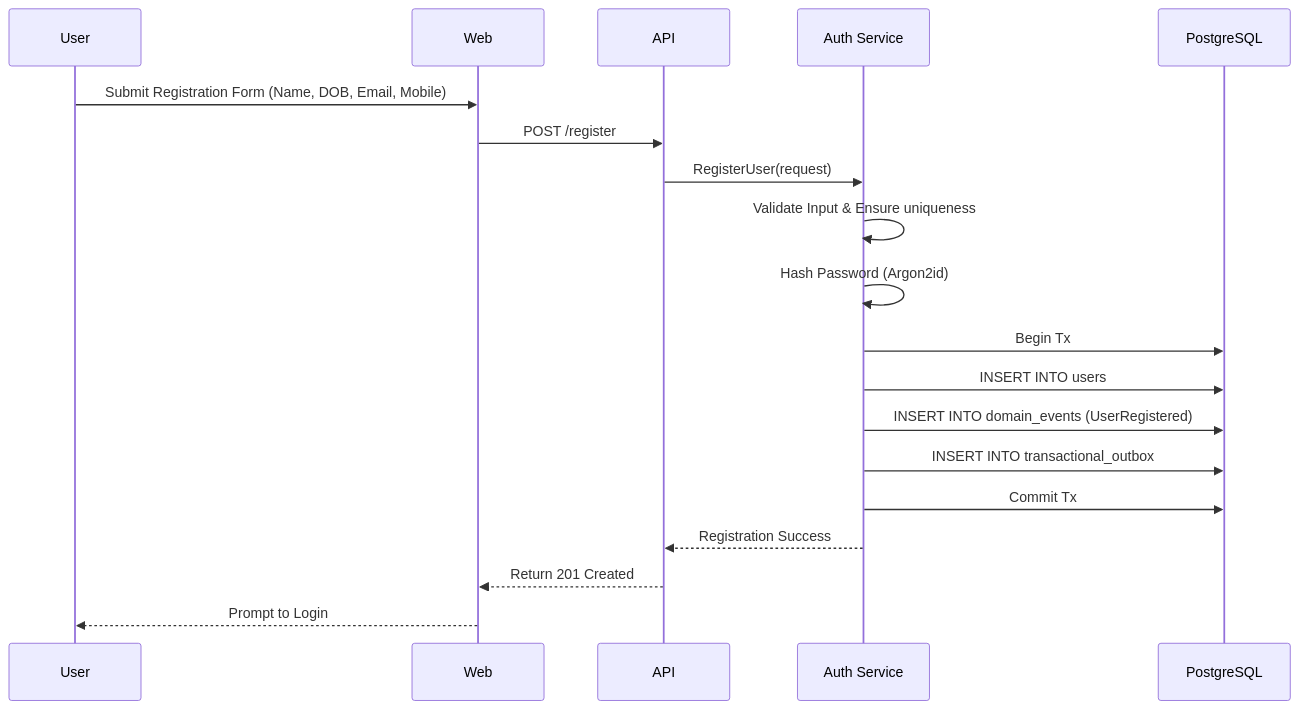
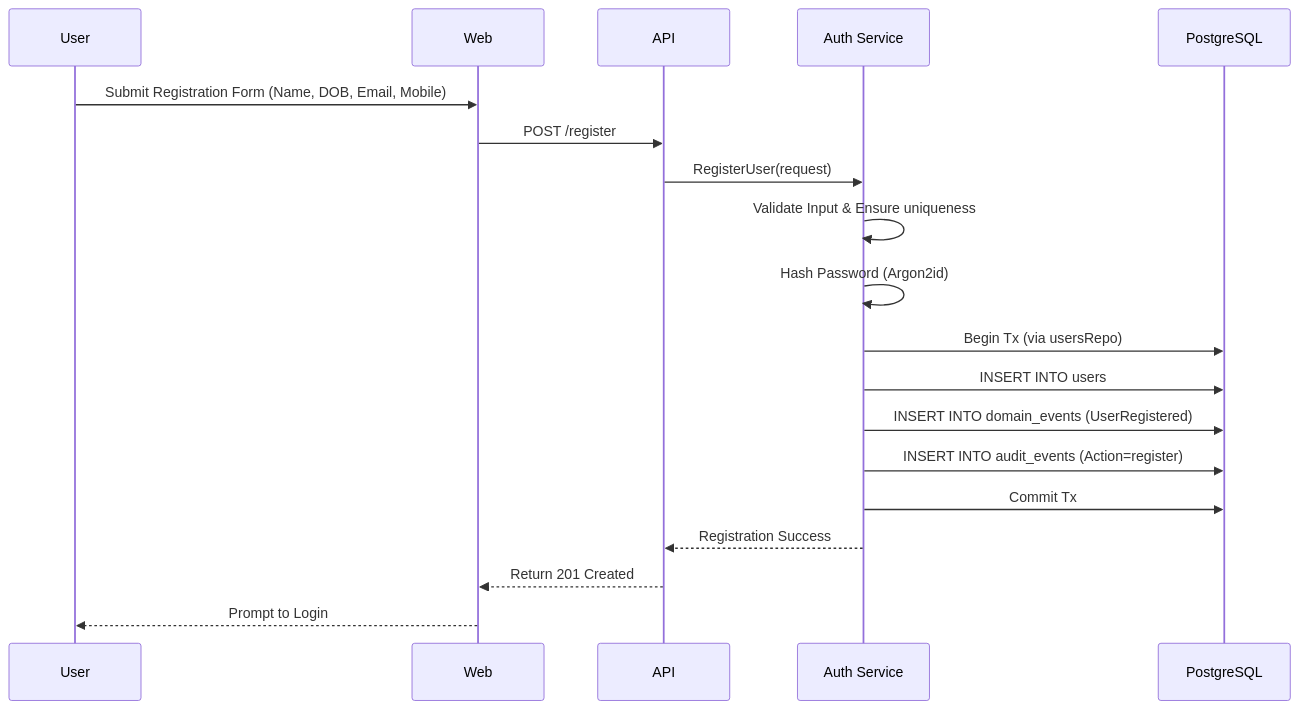
The third of 5 diagrams in docs/system-architecture.md (swamydkv/artha-kosha), drawn with Mermaid before and after one commit. The commit also changed other lines of this file and 25 other files, not shown here.

````diff
--- a/docs/system-architecture.md
+++ b/docs/system-architecture.md
@@ -129,24 +129,24 @@
 ```mermaid
 sequenceDiagram
     participant User
     participant Web
     participant API
     participant AuthSvc as Auth Service
     participant DB as PostgreSQL
 
     User->>Web: Submit Registration Form (Name, DOB, Email, Mobile)
     Web->>API: POST /register
     API->>AuthSvc: RegisterUser(request)
     AuthSvc->>AuthSvc: Validate Input & Ensure uniqueness
     AuthSvc->>AuthSvc: Hash Password (Argon2id)
     
-    AuthSvc->>DB: Begin Tx
+    AuthSvc->>DB: Begin Tx (via usersRepo)
     AuthSvc->>DB: INSERT INTO users
     AuthSvc->>DB: INSERT INTO domain_events (UserRegistered)
-    AuthSvc->>DB: INSERT INTO transactional_outbox
+    AuthSvc->>DB: INSERT INTO audit_events (Action=register)
     AuthSvc->>DB: Commit Tx
     
     AuthSvc-->>API: Registration Success
     API-->>Web: Return 201 Created
     Web-->>User: Prompt to Login
 ```
````
